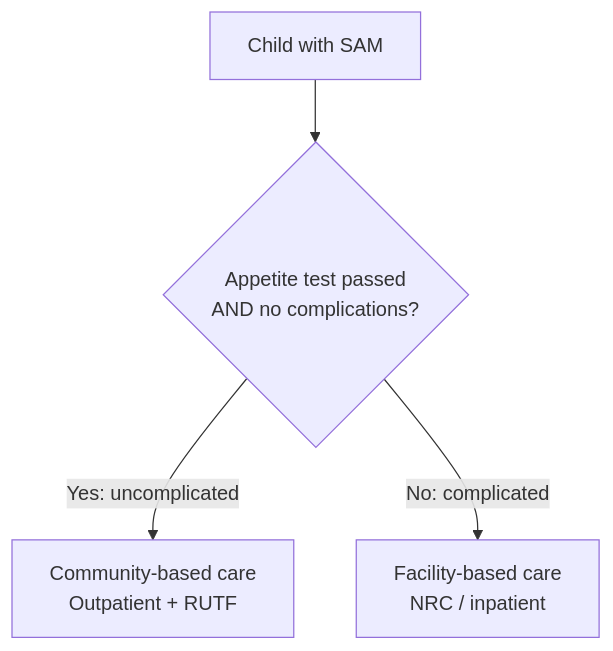
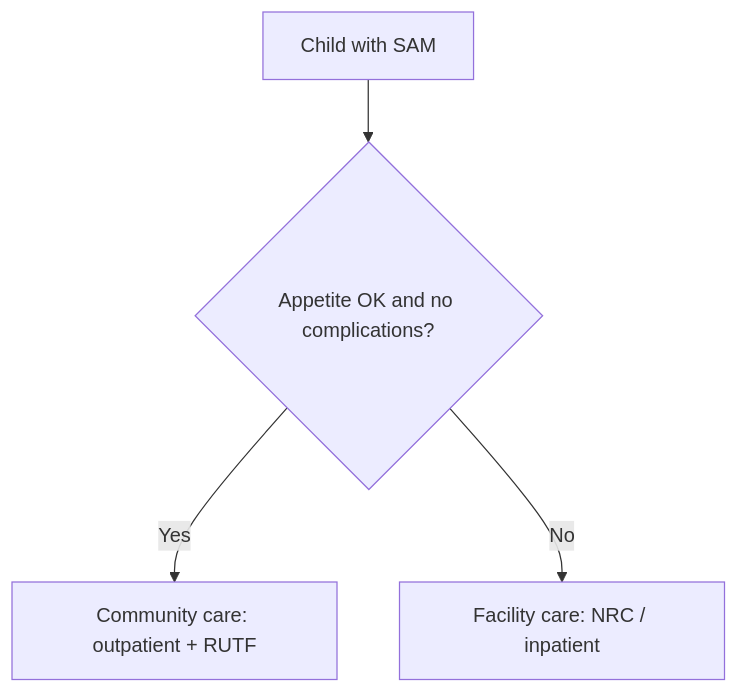
The first of 2 diagrams in malnutrition_L2.qmd (drarunmitra/malnutrition-lecture-2), drawn with Mermaid before and after one commit. The commit also changed other lines of this file and 1 other file, not shown here.

````diff
--- a/malnutrition_L2.qmd
+++ b/malnutrition_L2.qmd
@@ -410,6 +410,6 @@
 ```{mermaid}
 flowchart TD
-  A[Child with SAM] --> B{Appetite test passed<br/>AND no complications?}
-  B -->|Yes: uncomplicated| C[Community-based care<br/>Outpatient + RUTF]
-  B -->|No: complicated| D[Facility-based care<br/>NRC / inpatient]
+  A[Child with SAM] --> B{Appetite OK and no complications?}
+  B -->|Yes| C[Community care: outpatient + RUTF]
+  B -->|No| D[Facility care: NRC / inpatient]
 ```
````
